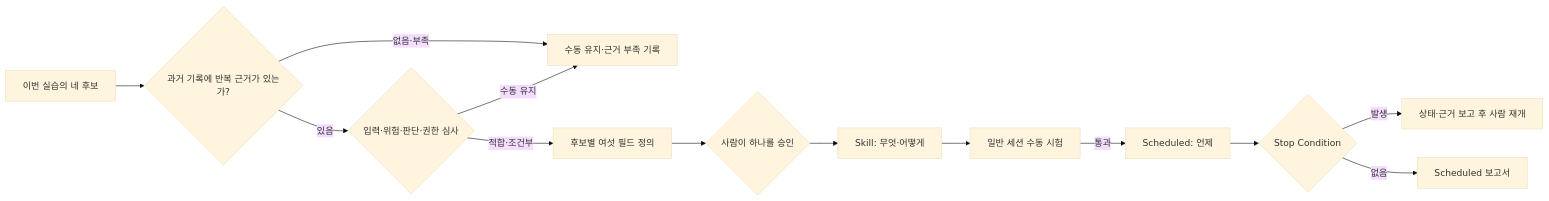
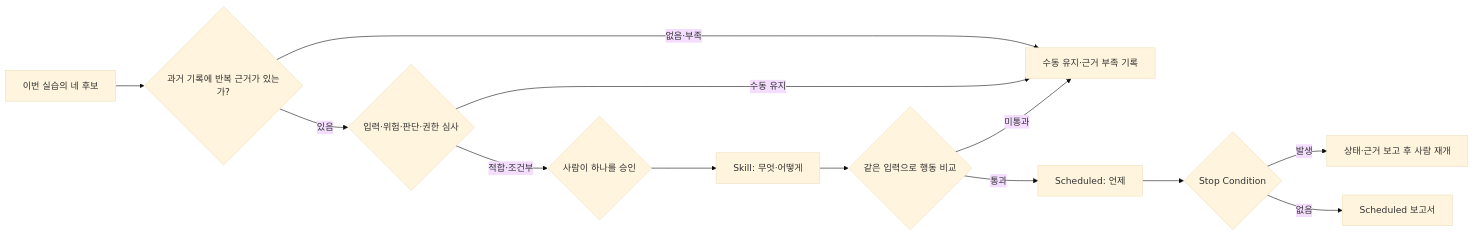
Before and after one commit to RainaKim/order-ops: the diagram in labs/lecture19/README.md, drawn with Mermaid (base theme). The commit also changed other lines of this file, not shown here.

Commit message:
docs: add skill behavior gate to lab 19

````diff
--- a/labs/lecture19/README.md
+++ b/labs/lecture19/README.md
@@ -42,14 +42,14 @@
 ```mermaid
 flowchart LR
   A[이번 실습의 네 후보] --> B{과거 기록에 반복 근거가 있는가?}
   B -- 없음·부족 --> K[수동 유지·근거 부족 기록]
   B -- 있음 --> C{입력·위험·판단·권한 심사}
-  C -- 적합·조건부 --> I[후보별 여섯 필드 정의]
+  C -- 적합·조건부 --> J{사람이 하나를 승인} --> L[Skill: 무엇·어떻게]
   C -- 수동 유지 --> K
-  I --> J{사람이 하나를 승인} --> L[Skill: 무엇·어떻게]
-  L --> D[일반 세션 수동 시험]
+  L --> D{같은 입력으로 행동 비교}
+  D -- 미통과 --> K
   D -- 통과 --> E[Scheduled: 언제]
   E --> F{Stop Condition}
   F -- 발생 --> G[상태·근거 보고 후 사람 재개]
   F -- 없음 --> H[Scheduled 보고서]
 ```
````
